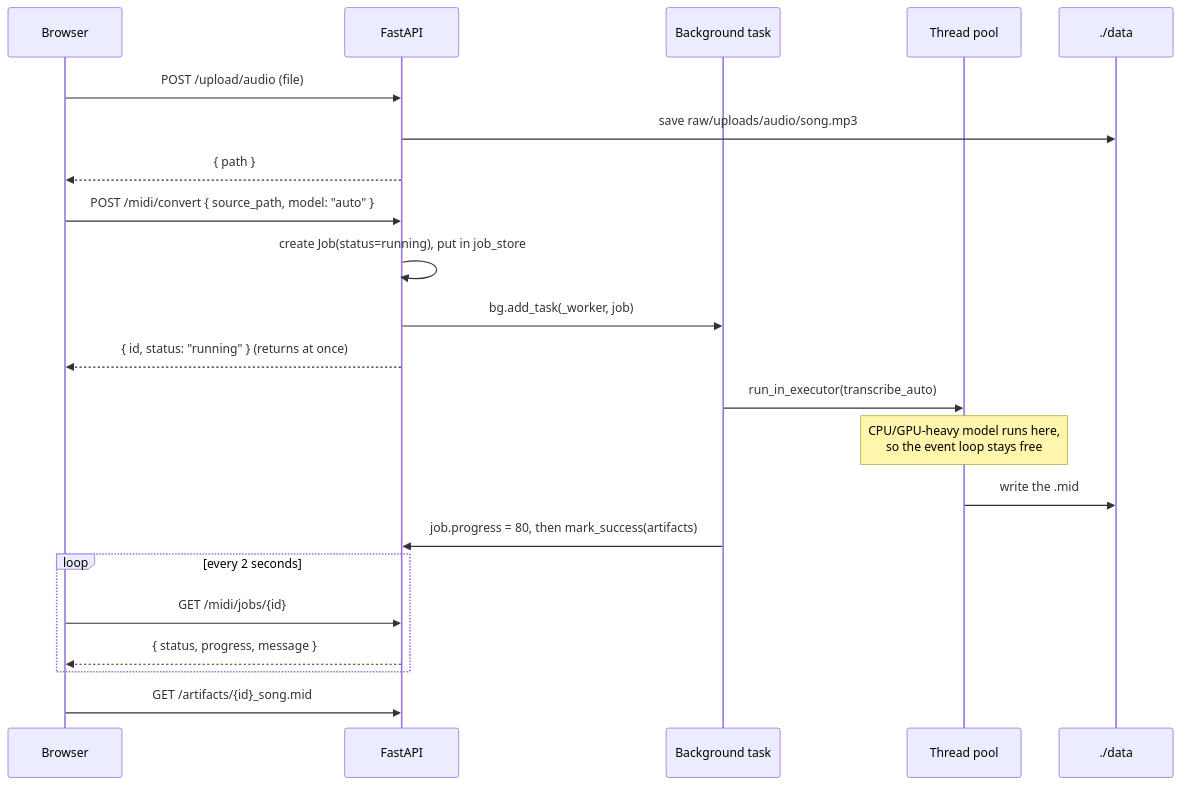
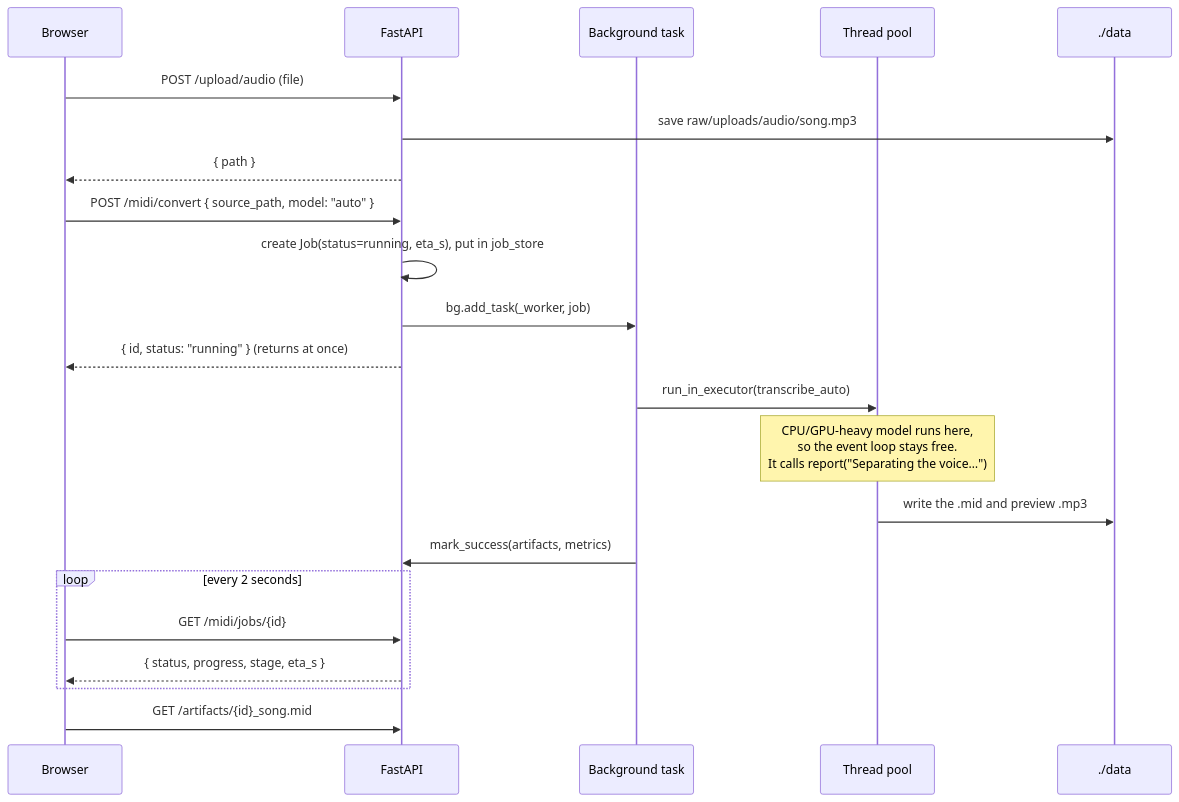
One commit to agangdut/supermusic changed the third of 9 diagrams in docs/how-it-works.md. Above: the diagram before and after it, drawn with Mermaid. The commit also changed other lines of this file and 15 other files, not shown here.

````diff
--- a/docs/how-it-works.md
+++ b/docs/how-it-works.md
@@ -148,25 +191,25 @@
 ```mermaid
 sequenceDiagram
     participant UI as Browser
     participant API as FastAPI
     participant BG as Background task
     participant EX as Thread pool
     participant FS as ./data
 
     UI->>API: POST /upload/audio (file)
     API->>FS: save raw/uploads/audio/song.mp3
     API-->>UI: { path }
     UI->>API: POST /midi/convert { source_path, model: "auto" }
-    API->>API: create Job(status=running), put in job_store
+    API->>API: create Job(status=running, eta_s), put in job_store
     API->>BG: bg.add_task(_worker, job)
     API-->>UI: { id, status: "running" }  (returns at once)
     BG->>EX: run_in_executor(transcribe_auto)
-    Note over EX: CPU/GPU-heavy model runs here,<br/>so the event loop stays free
-    EX->>FS: write the .mid
-    BG->>API: job.progress = 80, then mark_success(artifacts)
+    Note over EX: CPU/GPU-heavy model runs here,<br/>so the event loop stays free.<br/>It calls report("Separating the voice…")
+    EX->>FS: write the .mid and preview .mp3
+    BG->>API: mark_success(artifacts, metrics)
     loop every 2 seconds
         UI->>API: GET /midi/jobs/{id}
-        API-->>UI: { status, progress, message }
+        API-->>UI: { status, progress, stage, eta_s }
     end
     UI->>API: GET /artifacts/{id}_song.mid
 ```
````
